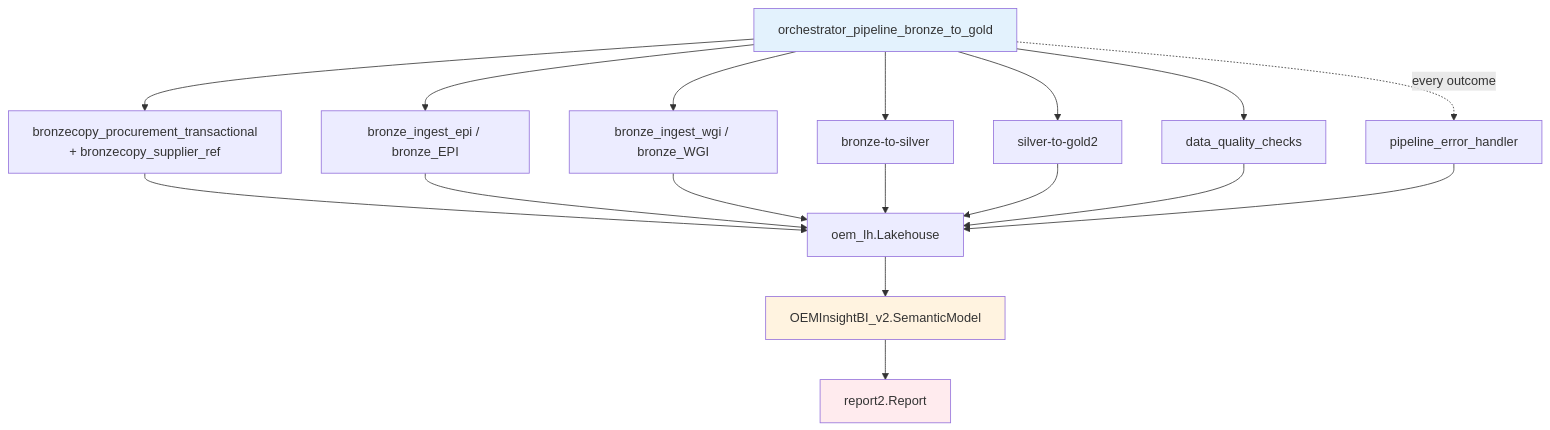
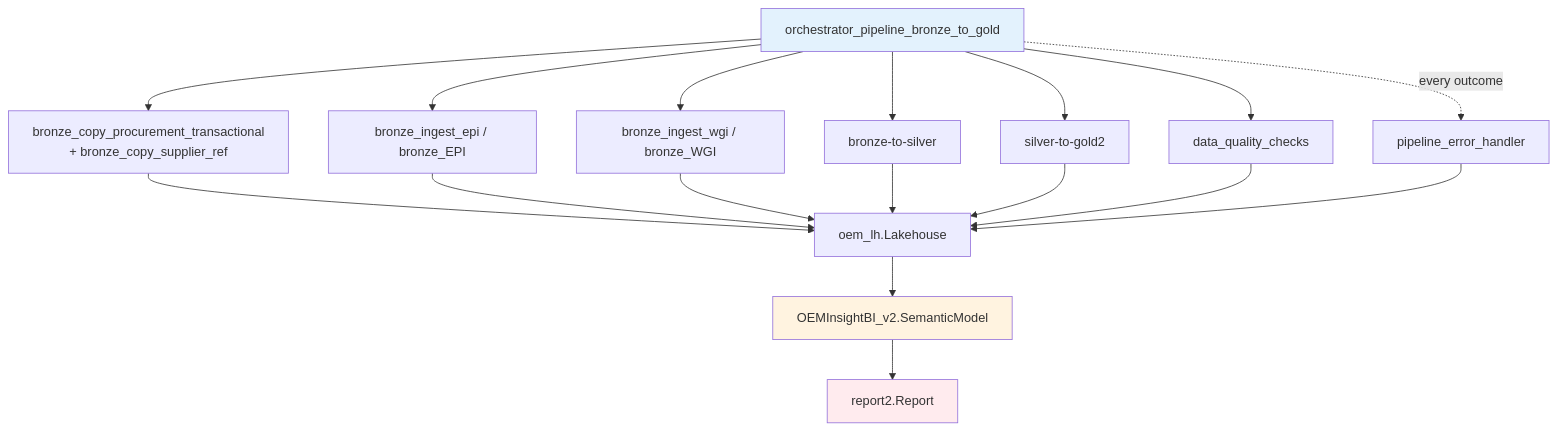
One commit to erikemilsson/OEMMatInsightBI changed the diagram in docs/architecture/fabric-artifacts-inventory.md. Above: the diagram before and after it, drawn with Mermaid. The commit also changed other lines of this file and 19 other files, not shown here.

````diff
--- a/docs/architecture/fabric-artifacts-inventory.md
+++ b/docs/architecture/fabric-artifacts-inventory.md
@@ -62,34 +62,34 @@
 ```mermaid
 graph TD
     Pipeline[orchestrator_pipeline_bronze_to_gold]
 
-    BC1[bronzecopy_procurement_transactional<br/>+ bronzecopy_supplier_ref]
+    BC1[bronze_copy_procurement_transactional<br/>+ bronze_copy_supplier_ref]
     BE[bronze_ingest_epi / bronze_EPI]
     BW[bronze_ingest_wgi / bronze_WGI]
 
     BS[bronze-to-silver]
     SG[silver-to-gold2]
     DQ[data_quality_checks]
     EH[pipeline_error_handler]
 
     LH[oem_lh.Lakehouse]
     SM[OEMInsightBI_v2.SemanticModel]
     Report[report2.Report]
 
     Pipeline --> BC1 & BE & BW & BS & SG & DQ
     BC1 --> LH
     BE --> LH
     BW --> LH
     BS --> LH
     SG --> LH
     DQ --> LH
     Pipeline -.every outcome.-> EH
     EH --> LH
 
     LH --> SM
     SM --> Report
 
     style Pipeline fill:#e3f2fd
     style SM fill:#fff3e0
     style Report fill:#ffebee
 ```
````
